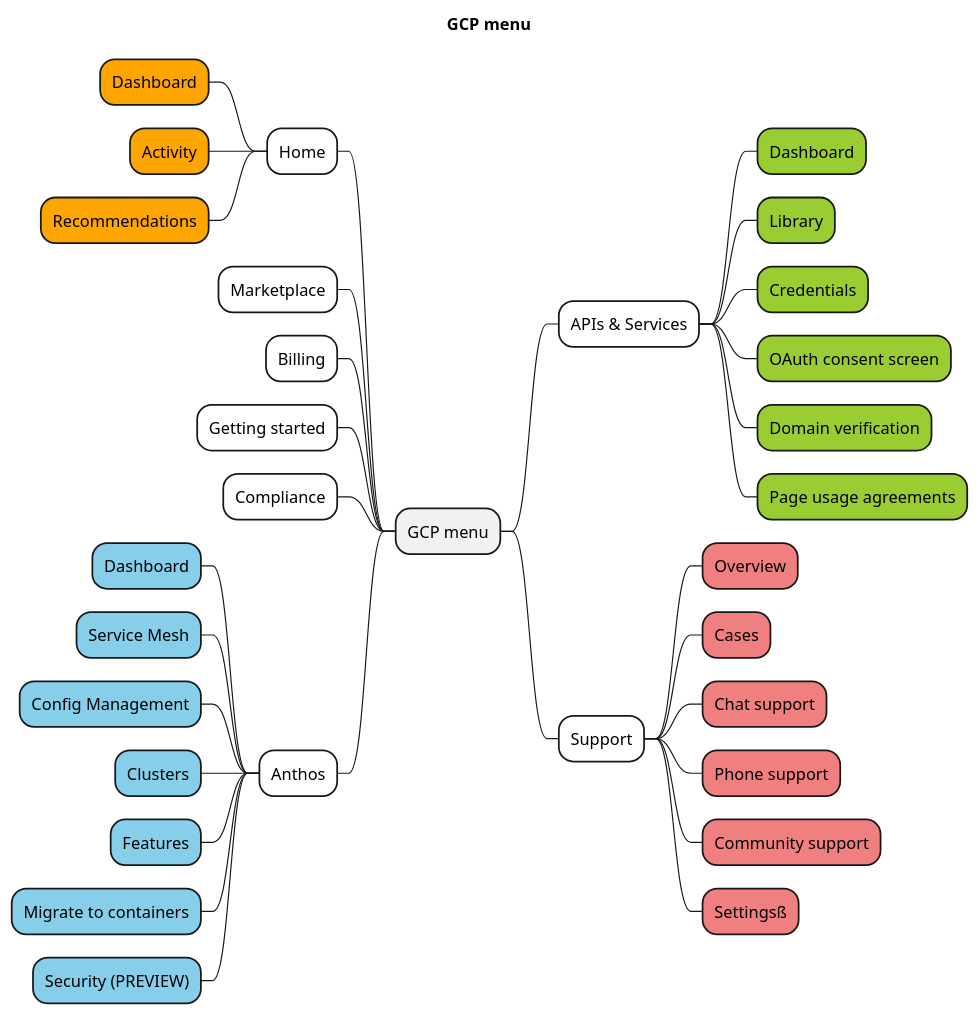
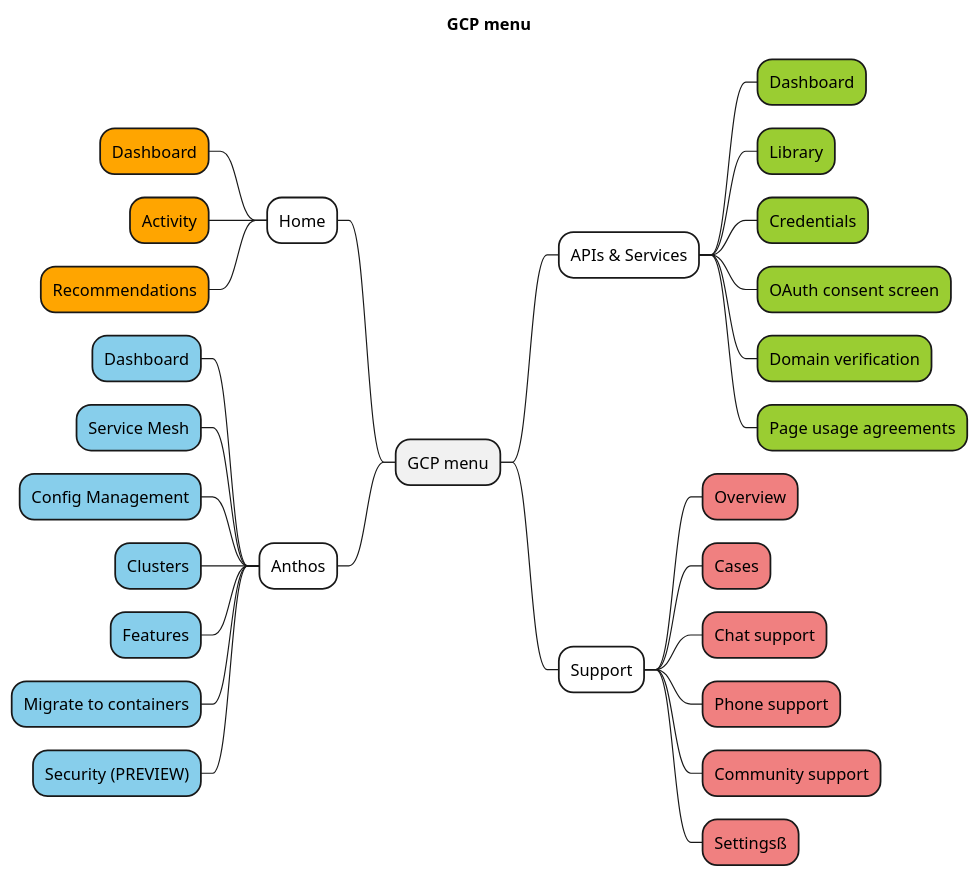
Before and after one commit to pham-anh/learn-lpic: the diagram in gcp/img/gcp_menu1_3others.puml, drawn with PlantUML. The commit also changed 12 other files, not shown here.

```diff
--- a/gcp/img/gcp_menu1_3others.puml
+++ b/gcp/img/gcp_menu1_3others.puml
@@ -1,40 +1,40 @@
 @startmindmap
 title GCP menu
 * GCP menu
 --[#White] Home
 ---[#Orange] Dashboard
 ---[#Orange] Activity
 ---[#Orange] Recommendations
 
---[#White] Marketplace
---[#White] Billing
+' --[#White] Marketplace
+' --[#White] Billing
 
 **[#White] APIs & Services
 ***[#YellowGreen] Dashboard
 ***[#YellowGreen] Library
 ***[#YellowGreen] Credentials
 ***[#YellowGreen] OAuth consent screen
 ***[#YellowGreen] Domain verification
 ***[#YellowGreen] Page usage agreements
 
 **[#White] Support
 ***[#LightCoral] Overview
 ***[#LightCoral] Cases
 ***[#LightCoral] Chat support
 ***[#LightCoral] Phone support
 ***[#LightCoral] Community support
 ***[#LightCoral] Settingsß
 
---[#White] Getting started
---[#White] Compliance
+' --[#White] Getting started
+' --[#White] Compliance
 
 --[#White] Anthos
 ---[#SkyBlue] Dashboard
 ---[#SkyBlue] Service Mesh
 ---[#SkyBlue] Config Management
 ---[#SkyBlue] Clusters
 ---[#SkyBlue] Features
 ---[#SkyBlue] Migrate to containers
 ---[#SkyBlue] Security (PREVIEW)
 
 @endmindmap
```
